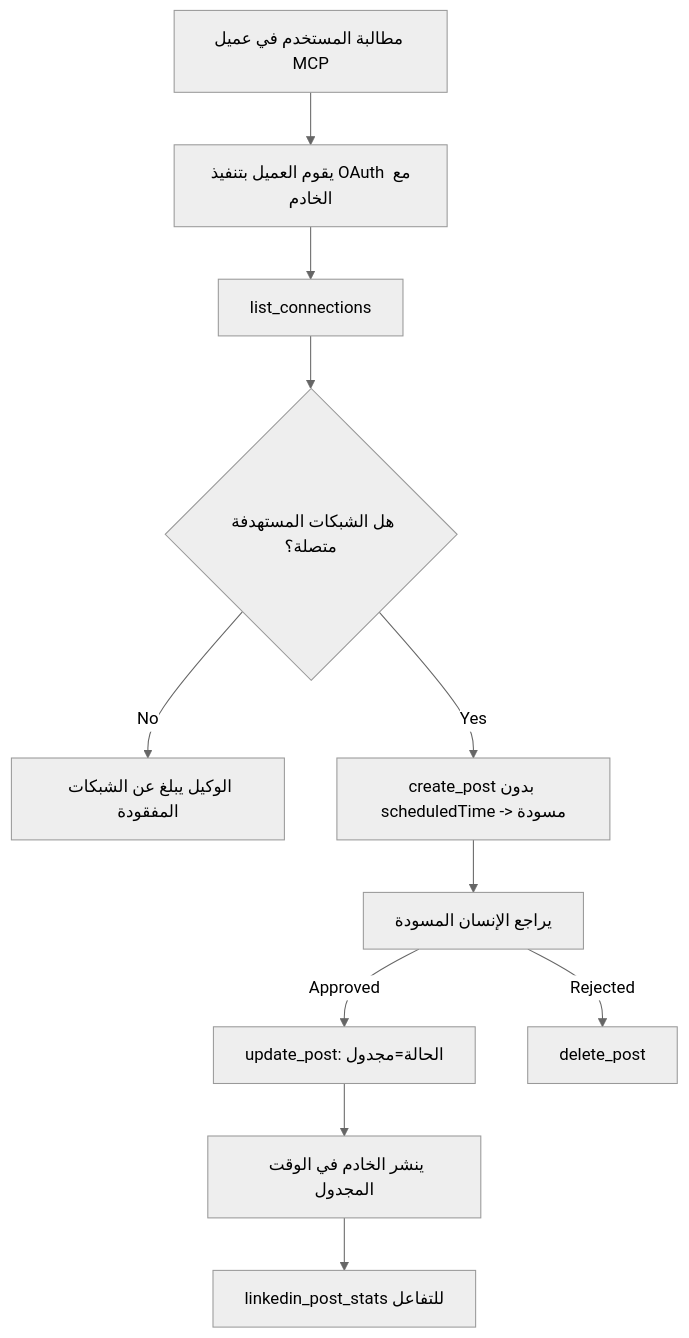
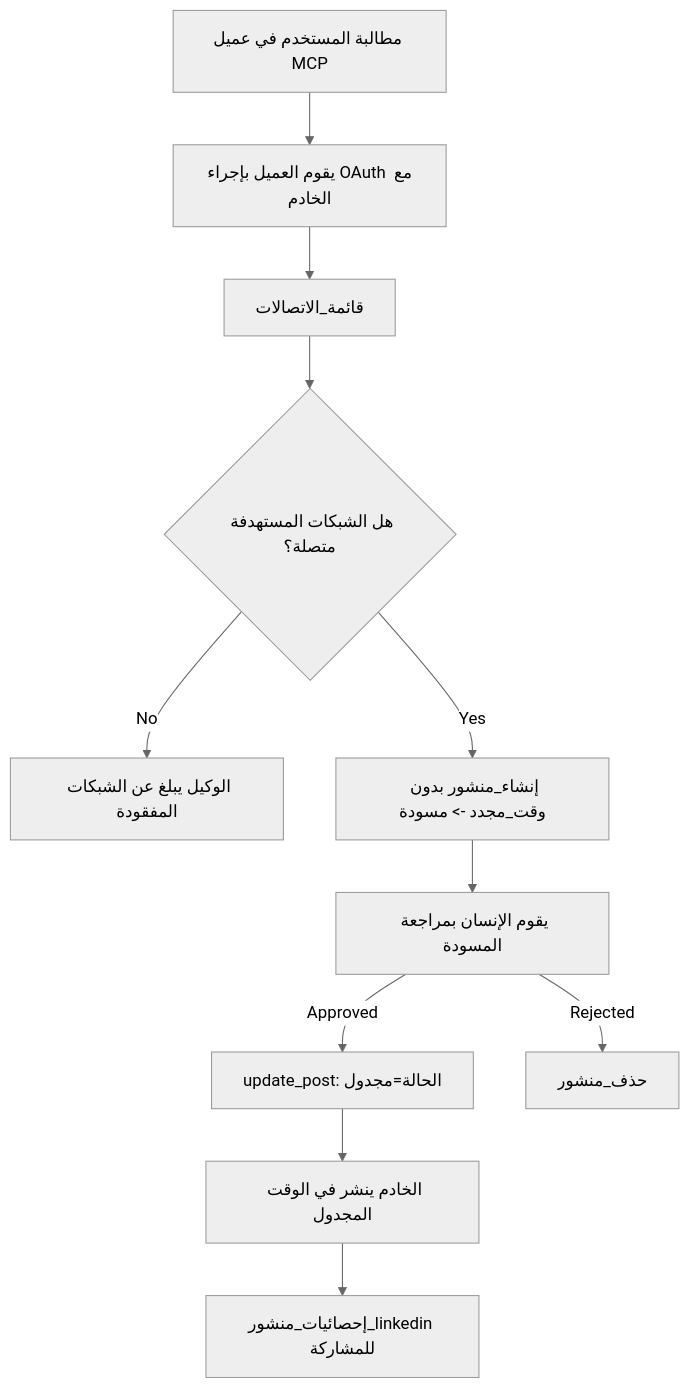
The diagram in translations/ar/09-CaseStudy/publora-social-publishing.md (microsoft/mcp-for-beginners), drawn with Mermaid (neutral theme) before and after one commit. The commit also changed other lines of this file and 136 other files, not shown here.

````diff
--- a/translations/ar/09-CaseStudy/publora-social-publishing.md
+++ b/translations/ar/09-CaseStudy/publora-social-publishing.md
@@ -47,13 +47,13 @@
 ```mermaid
 flowchart TD
-    A[مطالبة المستخدم في عميل MCP] --> B[يقوم العميل بتنفيذ OAuth مع الخادم]
-    B --> C[list_connections]
+    A[مطالبة المستخدم في عميل MCP] --> B[يقوم العميل بإجراء OAuth مع الخادم]
+    B --> C[قائمة_الاتصالات]
     C --> D{هل الشبكات المستهدفة متصلة؟}
     D -- No --> E[الوكيل يبلغ عن الشبكات المفقودة]
-    D -- Yes --> F[create_post بدون scheduledTime -> مسودة]
-    F --> G[يراجع الإنسان المسودة]
+    D -- Yes --> F[إنشاء_منشور بدون وقت_مجدد -> مسودة]
+    F --> G[يقوم الإنسان بمراجعة المسودة]
     G -- Approved --> H[update_post: الحالة=مجدول]
-    G -- Rejected --> I[delete_post]
-    H --> J[ينشر الخادم في الوقت المجدول]
-    J --> K[linkedin_post_stats للتفاعل]
+    G -- Rejected --> I[حذف_منشور]
+    H --> J[الخادم ينشر في الوقت المجدول]
+    J --> K[إحصائيات_منشور_linkedin للمشاركة]
 ```
````
